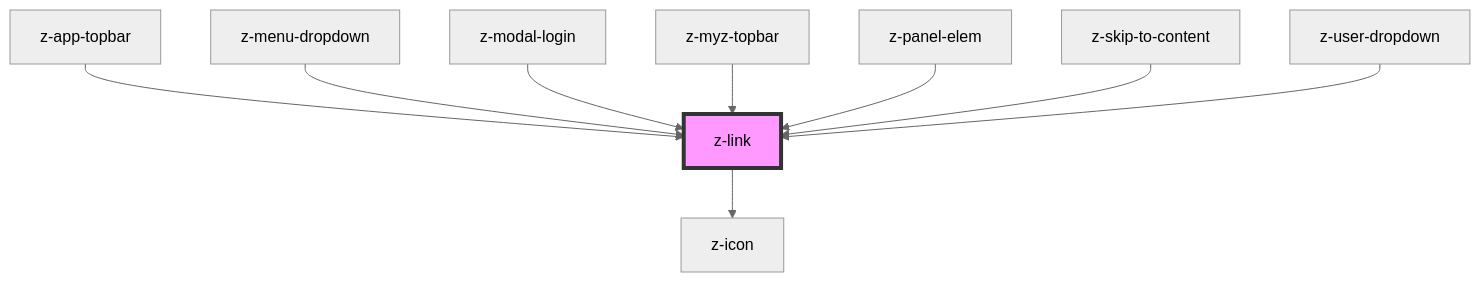
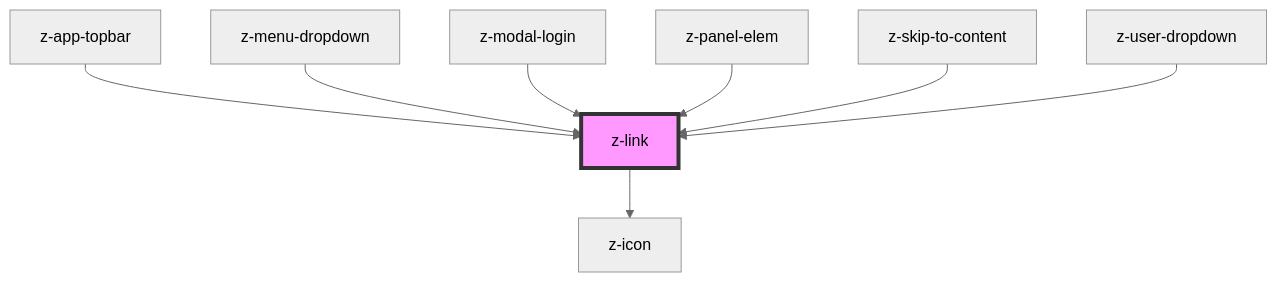
Before and after one commit to ZanichelliEditore/design-system: the diagram in src/components/navigation/z-link/readme.md, drawn with Mermaid (neutral theme). The commit also changed other lines of this file and 11 other files, not shown here.

Commit message:
MYZ-8665: delete ZMyzTopbar

````diff
--- a/src/components/navigation/z-link/readme.md
+++ b/src/components/navigation/z-link/readme.md
@@ -65,12 +64,11 @@
 ```mermaid
 graph TD;
   z-link --> z-icon
   z-app-topbar --> z-link
   z-menu-dropdown --> z-link
   z-modal-login --> z-link
-  z-myz-topbar --> z-link
   z-panel-elem --> z-link
   z-skip-to-content --> z-link
   z-user-dropdown --> z-link
   style z-link fill:#f9f,stroke:#333,stroke-width:4px
 ```
````
